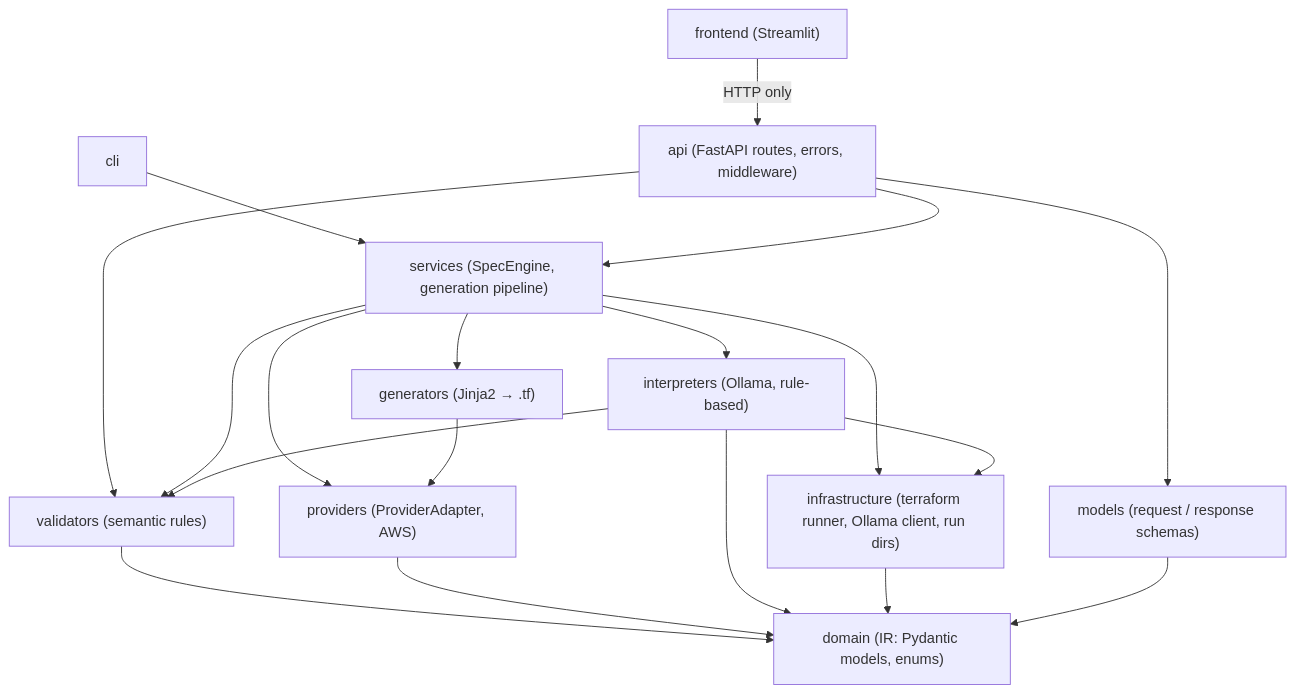
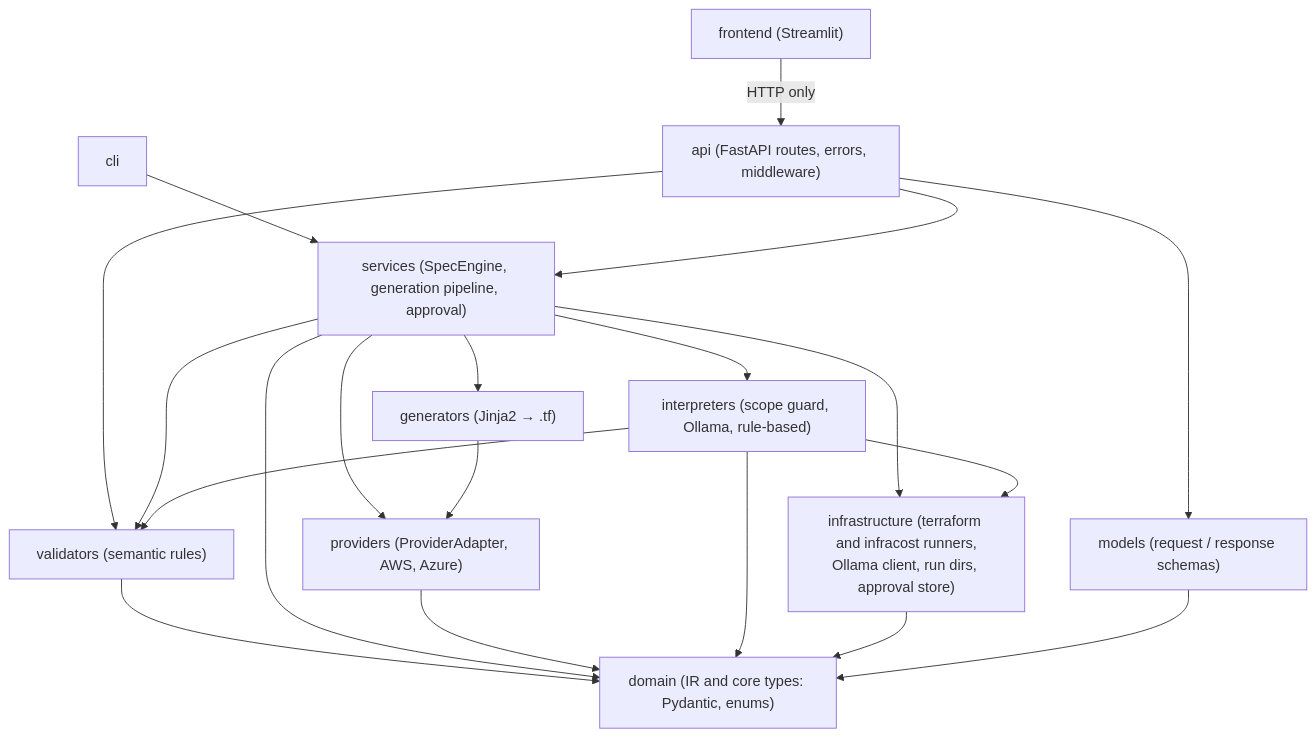
One commit to Aditya-taliyan/infra-morph-lite changed the second of 2 diagrams in README.md. Above: the diagram before and after it, drawn with Mermaid. The commit also changed other lines of this file, not shown here.

Commit message:
update README for final submission (Azure, cost, approvals, evaluation, security)

````diff
--- a/README.md
+++ b/README.md
@@ -53,21 +62,22 @@
 ```mermaid
 flowchart TD
     FE["frontend (Streamlit)"] -->|HTTP only| API
     CLI["cli"] --> SVC
-    API["api (FastAPI routes, errors, middleware)"] --> SVC["services (SpecEngine, generation pipeline)"]
+    API["api (FastAPI routes, errors, middleware)"] --> SVC["services (SpecEngine, generation pipeline, approval)"]
     API --> MOD["models (request / response schemas)"]
     API --> VAL
-    SVC --> INT["interpreters (Ollama, rule-based)"]
+    SVC --> INT["interpreters (scope guard, Ollama, rule-based)"]
     SVC --> VAL["validators (semantic rules)"]
-    SVC --> PRV["providers (ProviderAdapter, AWS)"]
+    SVC --> PRV["providers (ProviderAdapter, AWS, Azure)"]
     SVC --> GEN["generators (Jinja2 → .tf)"]
-    SVC --> INF["infrastructure (terraform runner, Ollama client, run dirs)"]
+    SVC --> INF["infrastructure (terraform and infracost runners,<br/>Ollama client, run dirs, approval store)"]
     INT --> INF
     INT --> VAL
     GEN --> PRV
-    VAL --> DOM["domain (IR: Pydantic models, enums)"]
+    VAL --> DOM["domain (IR and core types: Pydantic, enums)"]
+    SVC --> DOM
     PRV --> DOM
     INT --> DOM
     INF --> DOM
     MOD --> DOM
 ```
````
